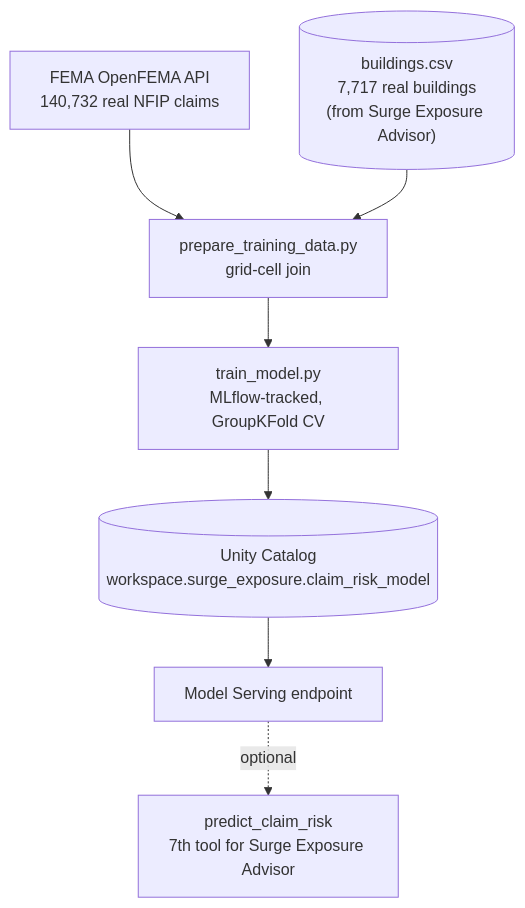
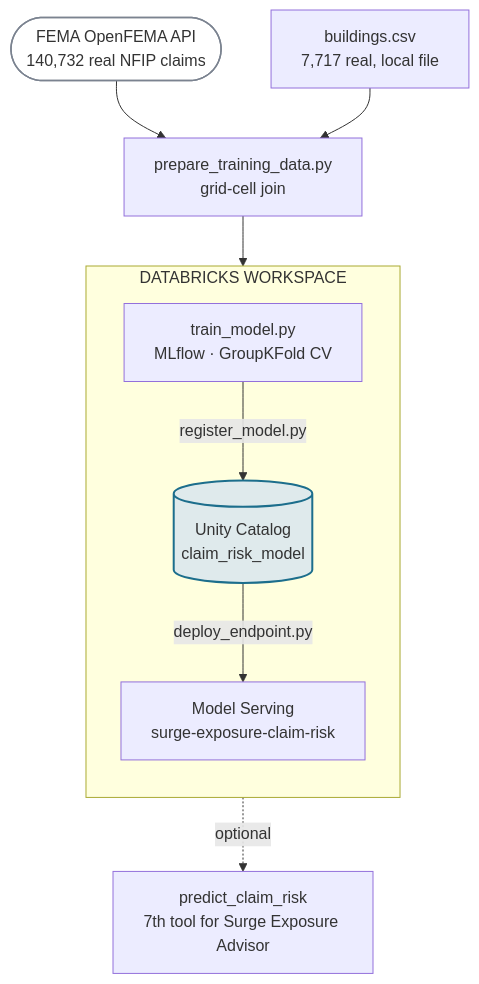
One commit to DBishal13/databricks-ai-capstone changed the fifth of 5 diagrams in README.md. Above: the diagram before and after it, drawn with Mermaid. The commit also changed other lines of this file, not shown here.

First line of the commit message:
Redesign README mermaid diagrams to match the demo page

````diff
--- a/README.md
+++ b/README.md
@@ -205,9 +244,19 @@
 ```mermaid
 flowchart TD
-    FEMA["FEMA OpenFEMA API<br/>140,732 real NFIP claims"] --> Join["prepare_training_data.py<br/>grid-cell join"]
-    Buildings[("buildings.csv<br/>7,717 real buildings<br/>(from Surge Exposure Advisor)")] --> Join
-    Join --> Train["train_model.py<br/>MLflow-tracked, GroupKFold CV"]
-    Train --> Registry[("Unity Catalog<br/>workspace.surge_exposure.claim_risk_model")]
-    Registry --> Serving["Model Serving endpoint"]
+    FEMA(["FEMA OpenFEMA API<br/>140,732 real NFIP claims"]) --> Join
+    Buildings["buildings.csv<br/>7,717 real, local file"] --> Join
+    Join["prepare_training_data.py<br/>grid-cell join"] --> Train
+
+    subgraph WORKSPACE["DATABRICKS WORKSPACE"]
+        direction TB
+        Train["train_model.py<br/>MLflow · GroupKFold CV"] -->|register_model.py| Registry[("Unity Catalog<br/>claim_risk_model")]
+        Registry -->|deploy_endpoint.py| Serving["Model Serving<br/>surge-exposure-claim-risk"]
+    end
+
     Serving -.optional.-> Tool["predict_claim_risk<br/>7th tool for Surge Exposure Advisor"]
+
+    classDef hub fill:#dfeaec,stroke:#1c6e8c,stroke-width:2px;
+    classDef ext fill:#ffffff,stroke:#7b8390,stroke-width:1.5px;
+    class Registry hub
+    class FEMA ext
 ```
````
